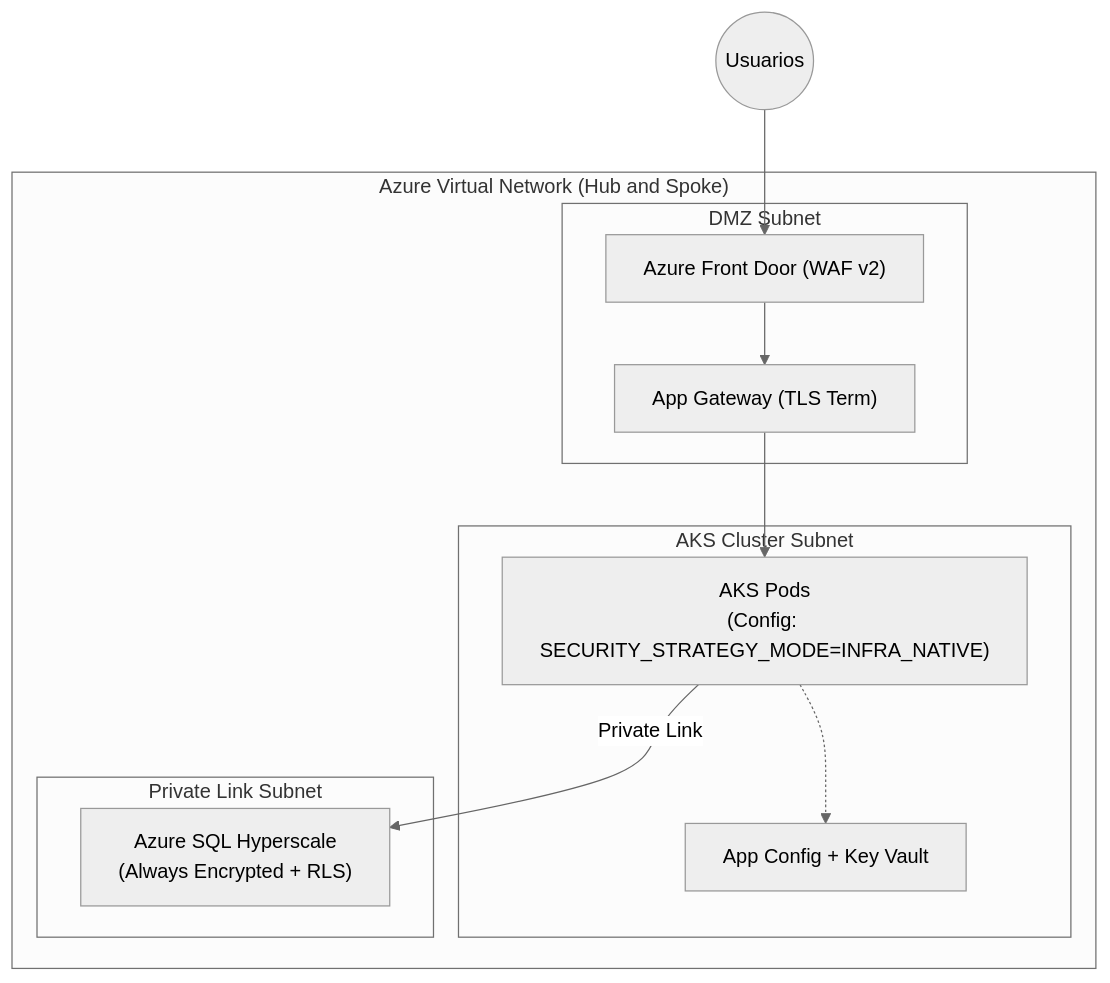
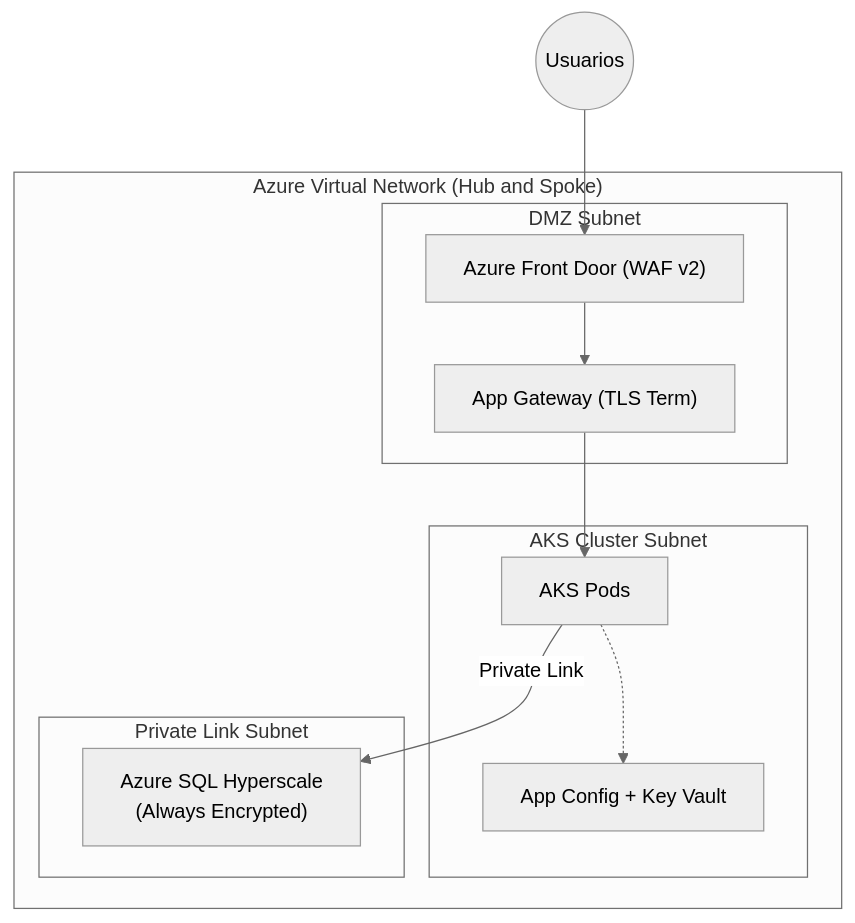
Before and after one commit to unimar-peru/unimar-arch-vendors: the first of 4 diagrams in estandar/reference/architecture/escenarios-despliegue-multinube.es.md, drawn with Mermaid (neutral theme). The commit also changed other lines of this file and 6 other files, not shown here.

````diff
--- a/estandar/reference/architecture/escenarios-despliegue-multinube.es.md
+++ b/estandar/reference/architecture/escenarios-despliegue-multinube.es.md
@@ -24,22 +24,22 @@
 ```mermaid
 graph TD
  subgraph VNet["Azure Virtual Network (Hub and Spoke)"]
  subgraph DMZ["DMZ Subnet"]
  AFD["Azure Front Door (WAF v2)"]
  AGW["App Gateway (TLS Term)"]
  end
  subgraph AppTier["AKS Cluster Subnet"]
- AKS["AKS Pods\n(Config: SECURITY_STRATEGY_MODE=INFRA_NATIVE)"]
+ AKS["AKS Pods"]
  ACFG["App Config + Key Vault"]
  end
  subgraph DataTier["Private Link Subnet"]
- SQL["Azure SQL Hyperscale\n(Always Encrypted + RLS)"]
+ SQL["Azure SQL Hyperscale\n(Always Encrypted)"]
  end
  end
 
  Internet((Usuarios)) --> AFD
  AFD --> AGW
  AGW --> AKS
  AKS -.-> ACFG
  AKS -->|Private Link| SQL
 ```
````
